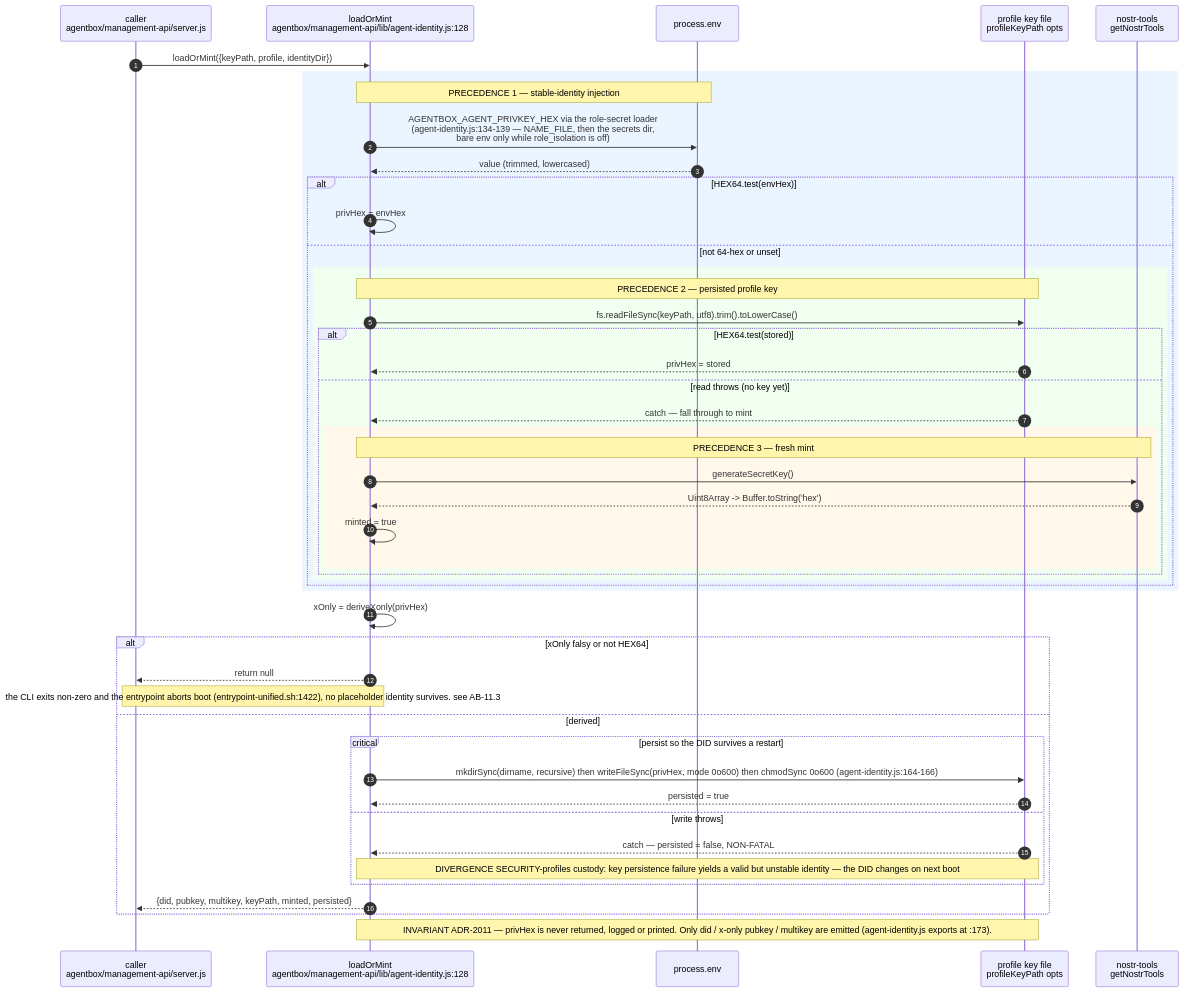
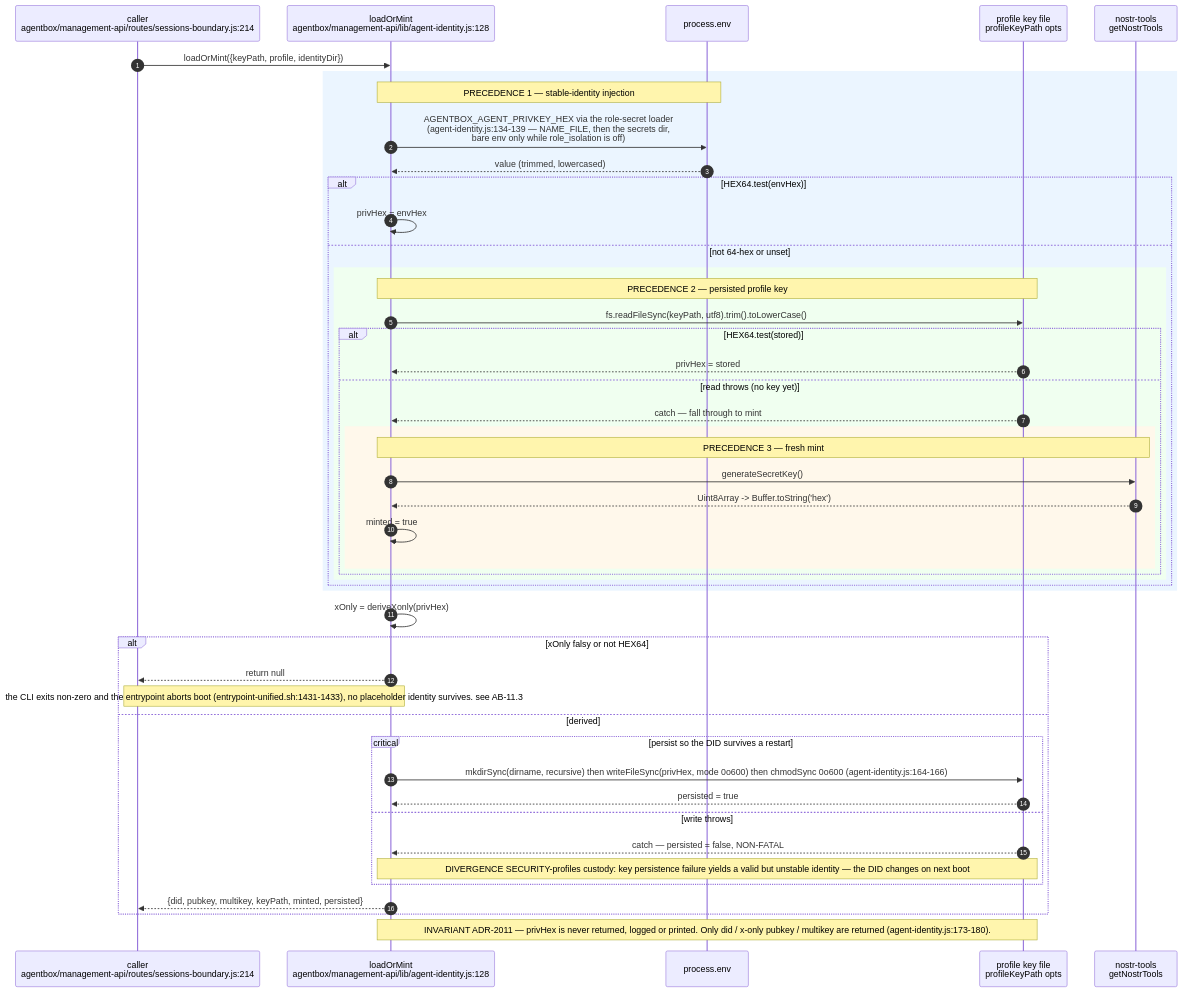
One commit to DreamLab-AI/VisionFlow changed the second of 16 diagrams in docs/diagrams/agentbox/11-identity-did-mandate-authority.md. Above: the diagram before and after it, drawn with Mermaid. The commit also changed other lines of this file and 173 other files, not shown here.

````diff
--- a/docs/diagrams/agentbox/11-identity-did-mandate-authority.md
+++ b/docs/diagrams/agentbox/11-identity-did-mandate-authority.md
@@ -99,50 +103,50 @@
 ```mermaid
 sequenceDiagram
     autonumber
-    participant CALLER as caller<br/>agentbox/management-api/server.js
+    participant CALLER as caller<br/>agentbox/management-api/routes/sessions-boundary.js:214
     participant AI as loadOrMint<br/>agentbox/management-api/lib/agent-identity.js:128
     participant ENV as process.env
     participant FS as profile key file<br/>profileKeyPath opts
     participant NT as nostr-tools<br/>getNostrTools
 
     CALLER->>AI: loadOrMint({keyPath, profile, identityDir})
     rect rgb(235,245,255)
     Note over AI,ENV: PRECEDENCE 1 — stable-identity injection
     AI->>ENV: AGENTBOX_AGENT_PRIVKEY_HEX via the role-secret loader<br/>(agent-identity.js:134-139 — NAME_FILE, then the secrets dir,<br/>bare env only while role_isolation is off)
     ENV-->>AI: value (trimmed, lowercased)
     alt HEX64.test(envHex)
         AI->>AI: privHex = envHex
     else not 64-hex or unset
         rect rgb(240,255,240)
         Note over AI,FS: PRECEDENCE 2 — persisted profile key
         AI->>FS: fs.readFileSync(keyPath, utf8).trim().toLowerCase()
         alt HEX64.test(stored)
             FS-->>AI: privHex = stored
         else read throws (no key yet)
             FS-->>AI: catch — fall through to mint
             rect rgb(255,248,235)
             Note over AI,NT: PRECEDENCE 3 — fresh mint
             AI->>NT: generateSecretKey()
             NT-->>AI: Uint8Array -> Buffer.toString('hex')
             AI->>AI: minted = true
             end
         end
         end
     end
     end
     AI->>AI: xOnly = deriveXonly(privHex)
     alt xOnly falsy or not HEX64
         AI-->>CALLER: return null
-        Note over AI,CALLER: the CLI exits non-zero and the entrypoint aborts boot (entrypoint-unified.sh:1422), no placeholder identity survives. see AB-11.3
+        Note over AI,CALLER: the CLI exits non-zero and the entrypoint aborts boot (entrypoint-unified.sh:1431-1433), no placeholder identity survives. see AB-11.3
     else derived
         critical persist so the DID survives a restart
             AI->>FS: mkdirSync(dirname, recursive) then writeFileSync(privHex, mode 0o600) then chmodSync 0o600 (agent-identity.js:164-166)
             FS-->>AI: persisted = true
         option write throws
             FS-->>AI: catch — persisted = false, NON-FATAL
             Note over AI,FS: DIVERGENCE SECURITY-profiles custody: key persistence failure yields a valid but unstable identity — the DID changes on next boot
         end
         AI-->>CALLER: {did, pubkey, multikey, keyPath, minted, persisted}
     end
-    Note over AI,FS: INVARIANT ADR-2011 — privHex is never returned, logged or printed. Only did / x-only pubkey / multikey are emitted (agent-identity.js exports at :173).
+    Note over AI,FS: INVARIANT ADR-2011 — privHex is never returned, logged or printed. Only did / x-only pubkey / multikey are returned (agent-identity.js:173-180).
 ```
````
